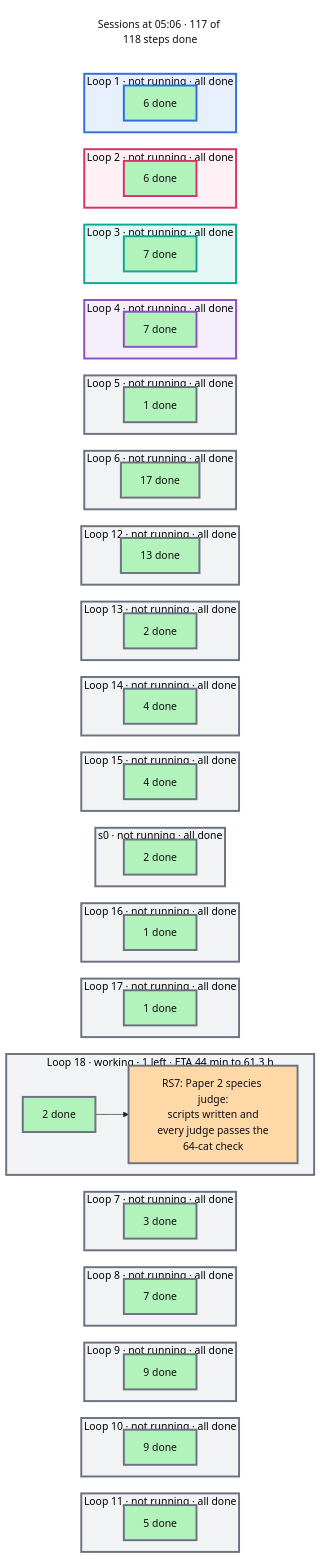
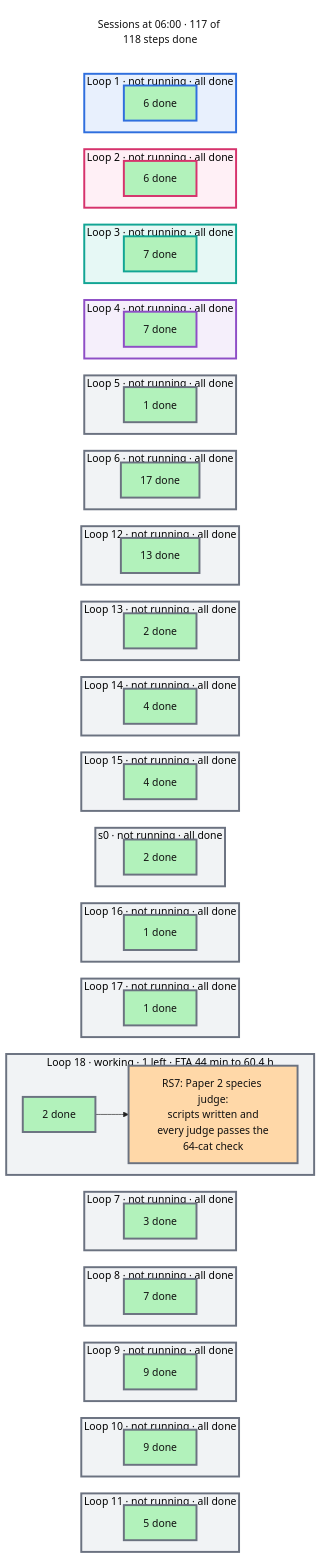
Before and after one commit to mo-rsa24/concept-composition: the diagram in artifacts/notes/progress/sessions.mmd, drawn with Mermaid. The commit also changed 8 other files, not shown here.

```diff
--- a/artifacts/notes/progress/sessions.mmd
+++ b/artifacts/notes/progress/sessions.mmd
@@ -1,124 +1,124 @@
 %%{init: {'theme': 'base', 'themeVariables': {'fontFamily': 'monospace', 'primaryColor': '#ffffff', 'primaryBorderColor': '#222222', 'primaryTextColor': '#111111', 'lineColor': '#222222'}, 'flowchart': {'nodeSpacing': 16, 'rankSpacing': 26}}}%%
 flowchart TB
   classDef done fill:#b2f2bb,color:#111111
   classDef doing fill:#ffd8a8,color:#111111
   classDef todo fill:#e9ecef,color:#111111
   classDef note fill:#ffffff,stroke:#c92a2a,stroke-dasharray:5 5,color:#c92a2a
-  now["Sessions at 05:06 · 117 of 118 steps done"]
+  now["Sessions at 06:00 · 117 of 118 steps done"]
   style now fill:#ffffff,stroke:#ffffff,color:#111111
   subgraph L0["Loop 1 · not running · all done"]
     direction LR
     d0["6 done"]:::done
   end
   subgraph L1["Loop 2 · not running · all done"]
     direction LR
     d1["6 done"]:::done
   end
   subgraph L2["Loop 3 · not running · all done"]
     direction LR
     d2["7 done"]:::done
   end
   subgraph L3["Loop 4 · not running · all done"]
     direction LR
     d3["7 done"]:::done
   end
   subgraph L4["Loop 5 · not running · all done"]
     direction LR
     d4["1 done"]:::done
   end
   subgraph L5["Loop 6 · not running · all done"]
     direction LR
     d5["17 done"]:::done
   end
   subgraph L6["Loop 12 · not running · all done"]
     direction LR
     d6["13 done"]:::done
   end
   subgraph L7["Loop 13 · not running · all done"]
     direction LR
     d7["2 done"]:::done
   end
   subgraph L8["Loop 14 · not running · all done"]
     direction LR
     d8["4 done"]:::done
   end
   subgraph L9["Loop 15 · not running · all done"]
     direction LR
     d9["4 done"]:::done
   end
   subgraph L10["s0 · not running · all done"]
     direction LR
     d10["2 done"]:::done
   end
   subgraph L11["Loop 16 · not running · all done"]
     direction LR
     d11["1 done"]:::done
   end
   subgraph L12["Loop 17 · not running · all done"]
     direction LR
     d12["1 done"]:::done
   end
-  subgraph L13["Loop 18 · working · 1 left · ETA 44 min to 61.3 h"]
+  subgraph L13["Loop 18 · working · 1 left · ETA 44 min to 60.4 h"]
     direction LR
     d13["2 done"]:::done --> n_RS7["RS7: Paper 2 species judge:<br/>scripts written and<br/>every judge passes the<br/>64-cat check"]:::doing
   end
   subgraph L14["Loop 7 · not running · all done"]
     direction LR
     d14["3 done"]:::done
   end
   subgraph L15["Loop 8 · not running · all done"]
     direction LR
     d15["7 done"]:::done
   end
   subgraph L16["Loop 9 · not running · all done"]
     direction LR
     d16["9 done"]:::done
   end
   subgraph L17["Loop 10 · not running · all done"]
     direction LR
     d17["9 done"]:::done
   end
   subgraph L18["Loop 11 · not running · all done"]
     direction LR
     d18["5 done"]:::done
   end
   now ~~~ L0 ~~~ L1 ~~~ L2 ~~~ L3 ~~~ L4 ~~~ L5 ~~~ L6 ~~~ L7 ~~~ L8 ~~~ L9 ~~~ L10 ~~~ L11 ~~~ L12 ~~~ L13 ~~~ L14 ~~~ L15 ~~~ L16 ~~~ L17 ~~~ L18
   style L0 fill:#e8f0fd,stroke:#2f6fde,stroke-width:3px
   style d0 stroke:#2f6fde,stroke-width:3px
   style L1 fill:#fff0f6,stroke:#d6336c,stroke-width:3px
   style d1 stroke:#d6336c,stroke-width:3px
   style L2 fill:#e6f8f5,stroke:#12a594,stroke-width:3px
   style d2 stroke:#12a594,stroke-width:3px
   style L3 fill:#f5effb,stroke:#8e4ec6,stroke-width:3px
   style d3 stroke:#8e4ec6,stroke-width:3px
   style L4 fill:#f1f3f5,stroke:#6b7280,stroke-width:3px
   style d4 stroke:#6b7280,stroke-width:3px
   style L5 fill:#f1f3f5,stroke:#6b7280,stroke-width:3px
   style d5 stroke:#6b7280,stroke-width:3px
   style L6 fill:#f1f3f5,stroke:#6b7280,stroke-width:3px
   style d6 stroke:#6b7280,stroke-width:3px
   style L7 fill:#f1f3f5,stroke:#6b7280,stroke-width:3px
   style d7 stroke:#6b7280,stroke-width:3px
   style L8 fill:#f1f3f5,stroke:#6b7280,stroke-width:3px
   style d8 stroke:#6b7280,stroke-width:3px
   style L9 fill:#f1f3f5,stroke:#6b7280,stroke-width:3px
   style d9 stroke:#6b7280,stroke-width:3px
   style L10 fill:#f1f3f5,stroke:#6b7280,stroke-width:3px
   style d10 stroke:#6b7280,stroke-width:3px
   style L11 fill:#f1f3f5,stroke:#6b7280,stroke-width:3px
   style d11 stroke:#6b7280,stroke-width:3px
   style L12 fill:#f1f3f5,stroke:#6b7280,stroke-width:3px
   style d12 stroke:#6b7280,stroke-width:3px
   style L13 fill:#f1f3f5,stroke:#6b7280,stroke-width:3px
   style d13 stroke:#6b7280,stroke-width:3px
   style n_RS7 stroke:#6b7280,stroke-width:3px
   style L14 fill:#f1f3f5,stroke:#6b7280,stroke-width:3px
   style d14 stroke:#6b7280,stroke-width:3px
   style L15 fill:#f1f3f5,stroke:#6b7280,stroke-width:3px
   style d15 stroke:#6b7280,stroke-width:3px
   style L16 fill:#f1f3f5,stroke:#6b7280,stroke-width:3px
   style d16 stroke:#6b7280,stroke-width:3px
   style L17 fill:#f1f3f5,stroke:#6b7280,stroke-width:3px
   style d17 stroke:#6b7280,stroke-width:3px
   style L18 fill:#f1f3f5,stroke:#6b7280,stroke-width:3px
   style d18 stroke:#6b7280,stroke-width:3px
```
